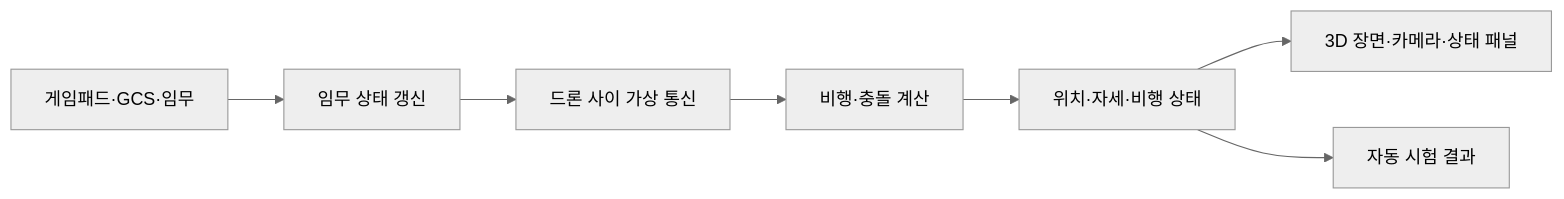
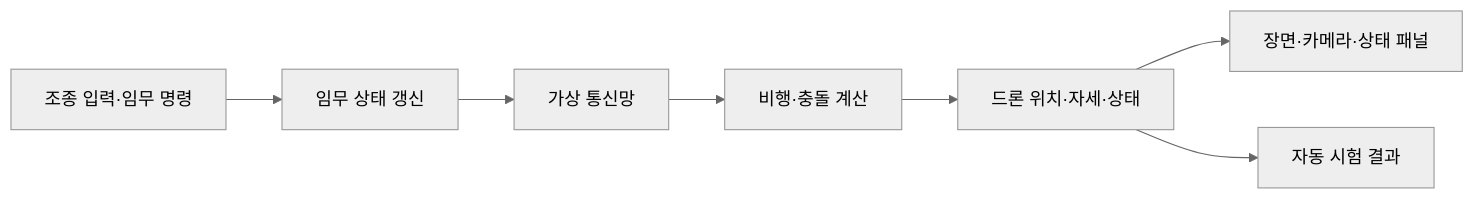
One commit to cgantro/DroneSim changed the diagram in docs/public/기술구조.md. Above: the diagram before and after it, drawn with Mermaid (neutral theme). The commit also changed other lines of this file and 5 other files, not shown here.

````diff
--- a/docs/public/기술구조.md
+++ b/docs/public/기술구조.md
@@ -9,9 +9,9 @@
 ```mermaid
 flowchart LR
-    Input[게임패드·GCS·임무] --> Mission[임무 상태 갱신]
-    Mission --> Network[드론 사이 가상 통신]
+    Input[조종 입력·임무 명령] --> Mission[임무 상태 갱신]
+    Mission --> Network[가상 통신망]
     Network --> Flight[비행·충돌 계산]
-    Flight --> State[위치·자세·비행 상태]
-    State --> View[3D 장면·카메라·상태 패널]
-    State --> Test[자동 시험 결과]
+    Flight --> State[드론 위치·자세·상태]
+    State --> View[장면·카메라·상태 패널]
+    State --> Tests[자동 시험 결과]
 ```
````
